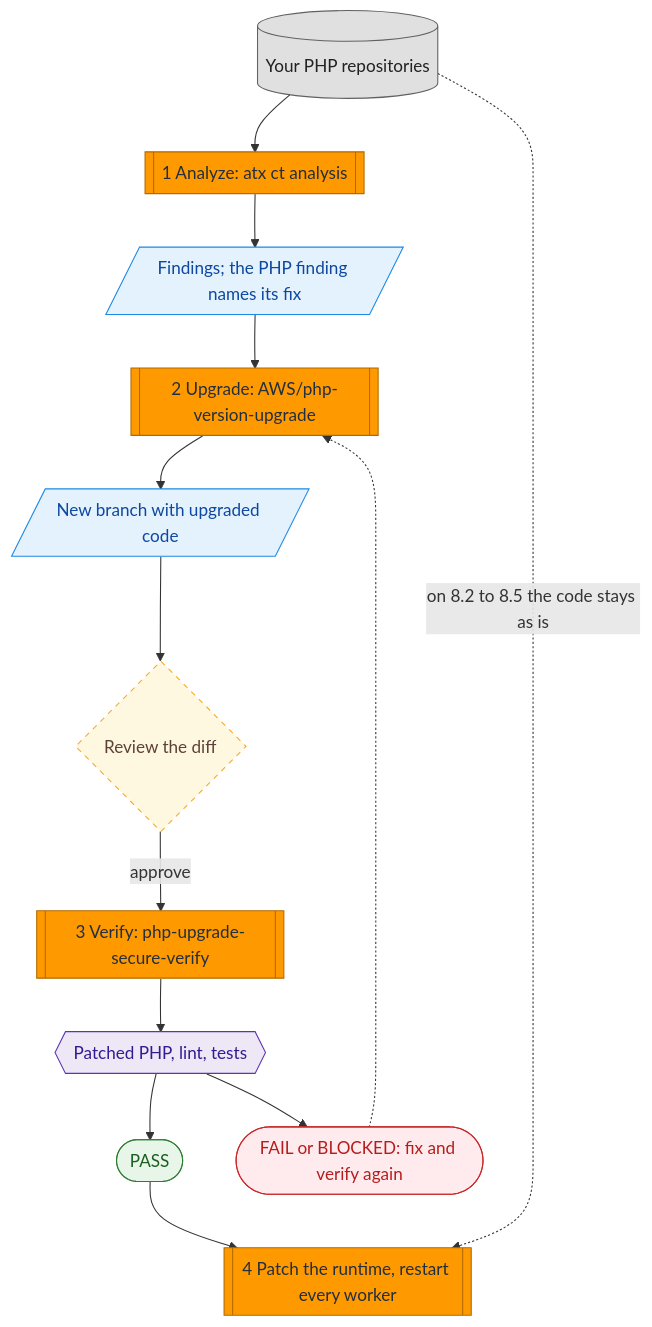
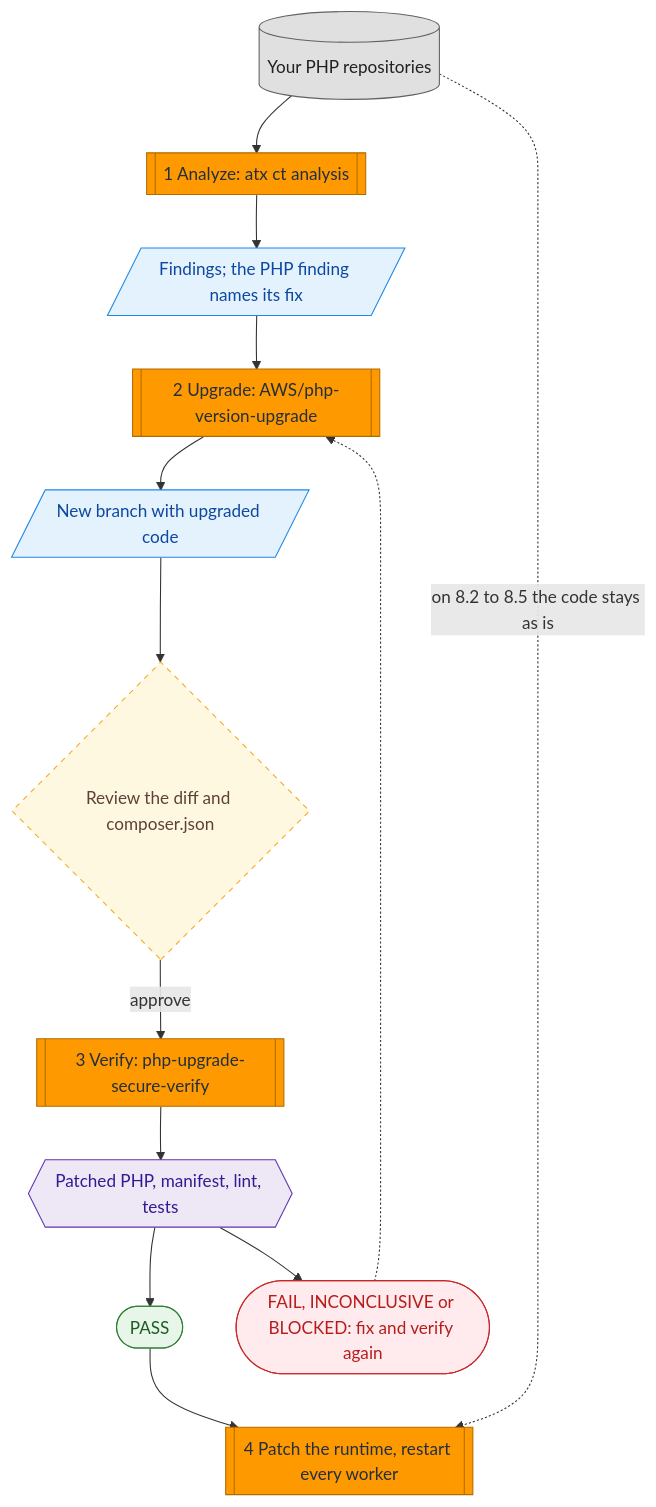
The diagram in community-sourced-transformations/php2shell-patch-and-verify/README.md (aws-samples/aws-transform-custom-samples), drawn with Mermaid before and after one commit. The commit also changed other lines of this file and 5 other files, not shown here.

````diff
--- a/community-sourced-transformations/php2shell-patch-and-verify/README.md
+++ b/community-sourced-transformations/php2shell-patch-and-verify/README.md
@@ -27,36 +34,36 @@
 ```mermaid
 flowchart TB
     R[("Your PHP repositories")]
     S1[["1 Analyze: atx ct analysis"]]
     F1[/"Findings; the PHP finding names its fix"/]
     S2[["2 Upgrade: AWS/php-version-upgrade"]]
     B[/"New branch with upgraded code"/]
-    H{"Review the diff"}
+    H{"Review the diff and composer.json"}
     S3[["3 Verify: php-upgrade-secure-verify"]]
-    G{{"Patched PHP, lint, tests"}}
+    G{{"Patched PHP, manifest, lint, tests"}}
     OK(["PASS"])
-    NO(["FAIL or BLOCKED: fix and verify again"])
+    NO(["FAIL, INCONCLUSIVE or BLOCKED: fix and verify again"])
     S4[["4 Patch the runtime, restart every worker"]]
 
     R --> S1 --> F1 --> S2 --> B --> H
     H -->|approve| S3 --> G
     G --> OK --> S4
     G --> NO
     NO -.-> S2
     R -.->|on 8.2 to 8.5 the code stays as is| S4
 
     classDef src fill:#E0E0E0,stroke:#616161,color:#212121
     classDef step fill:#FF9900,stroke:#B26B00,color:#232F3E
     classDef out fill:#E3F2FD,stroke:#1E88E5,color:#0D47A1
     classDef human fill:#FFF8E1,stroke:#F9A825,stroke-dasharray:5 5,color:#5D4037
     classDef gate fill:#EDE7F6,stroke:#5E35B1,color:#311B92
     classDef pass fill:#E8F5E9,stroke:#2E7D32,color:#1B5E20
     classDef fail fill:#FFEBEE,stroke:#C62828,color:#B71C1C
     class R src
     class S1,S2,S3,S4 step
     class F1,B out
     class H human
     class G gate
     class OK pass
     class NO fail
 ```
````
